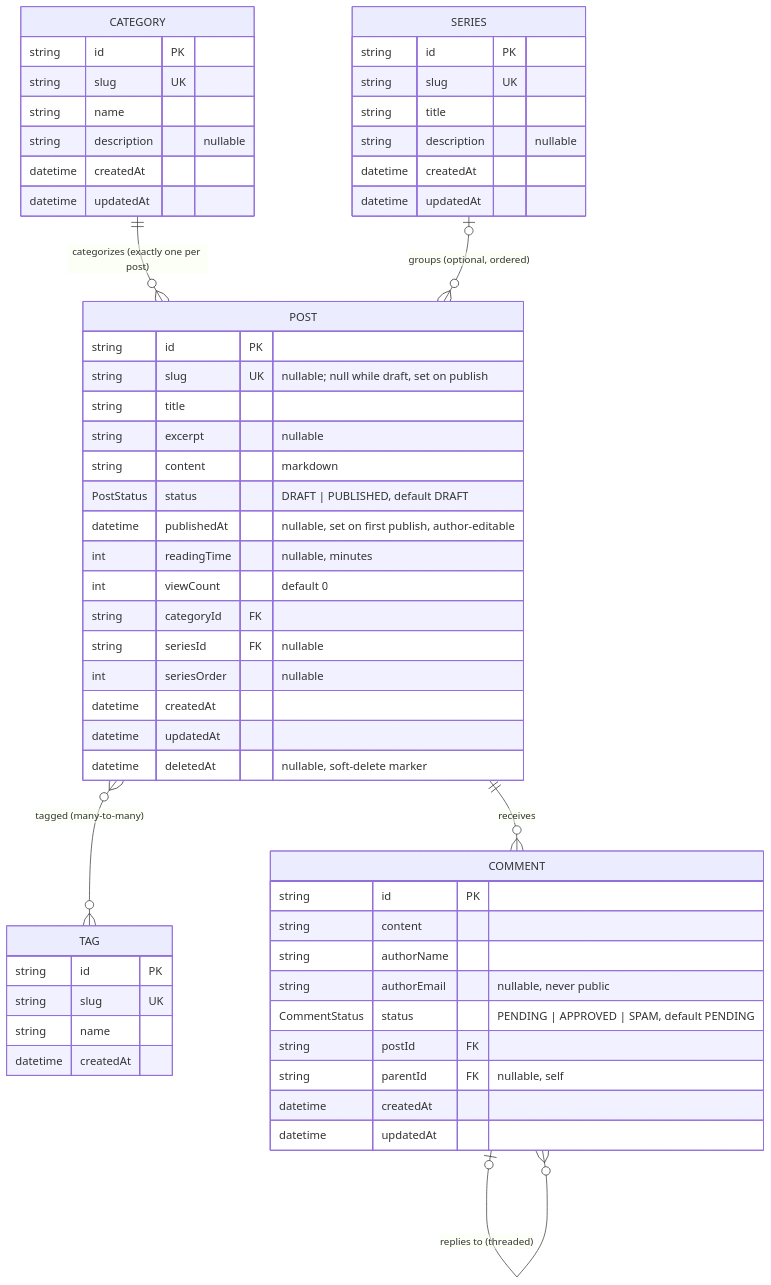
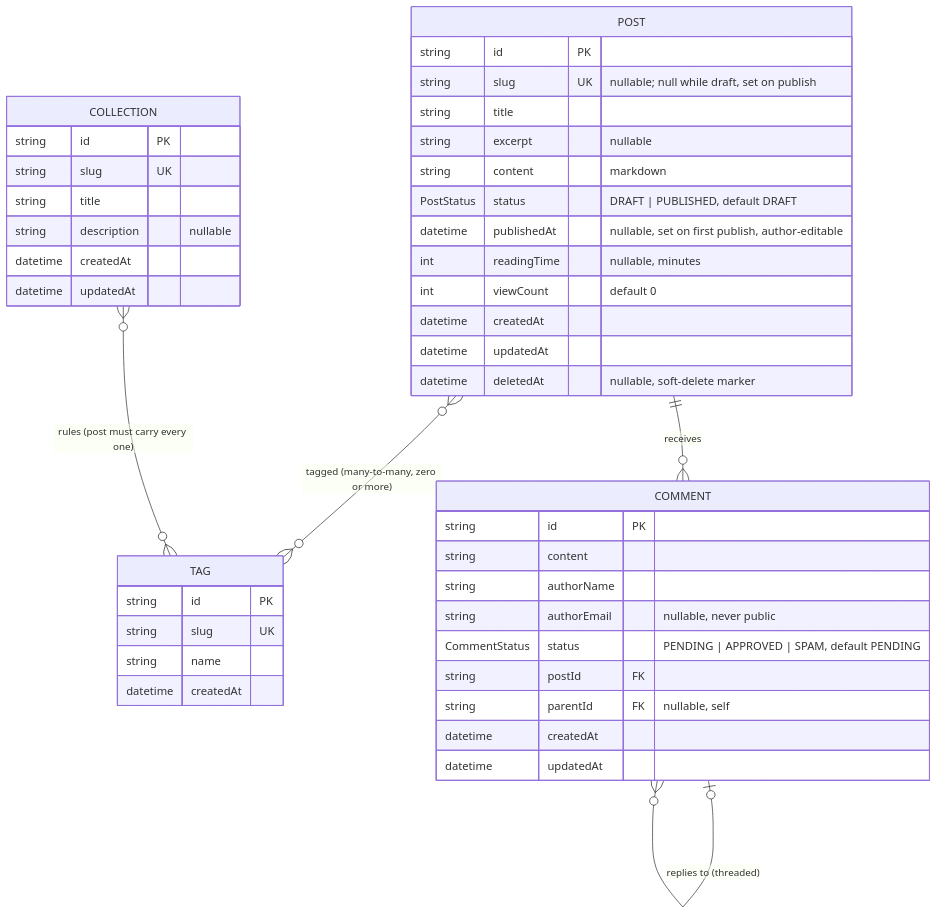
Before and after one commit to MASKUN2/inhology: the diagram in design/domain/README.md, drawn with Mermaid. The commit also changed other lines of this file and 76 other files, not shown here.

First line of the commit message:
feat: tags replace categories and series; add tag-rule collections

````diff
--- a/design/domain/README.md
+++ b/design/domain/README.md
@@ -19,59 +18,47 @@
 ```mermaid
 erDiagram
-    CATEGORY ||--o{ POST : "categorizes (exactly one per post)"
-    SERIES   |o--o{ POST : "groups (optional, ordered)"
-    POST     }o--o{ TAG : "tagged (many-to-many)"
+    POST     }o--o{ TAG : "tagged (many-to-many, zero or more)"
+    COLLECTION }o--o{ TAG : "rules (post must carry every one)"
     POST     ||--o{ COMMENT : "receives"
     COMMENT  |o--o{ COMMENT : "replies to (threaded)"
 
     POST {
         string     id PK
         string     slug UK "nullable; null while draft, set on publish"
         string     title
         string     excerpt "nullable"
         string     content "markdown"
         PostStatus status "DRAFT | PUBLISHED, default DRAFT"
         datetime   publishedAt "nullable, set on first publish, author-editable"
         int        readingTime "nullable, minutes"
         int        viewCount "default 0"
-        string     categoryId FK
-        string     seriesId FK "nullable"
-        int        seriesOrder "nullable"
         datetime   createdAt
         datetime   updatedAt
         datetime   deletedAt "nullable, soft-delete marker"
-    }
-    CATEGORY {
-        string   id PK
-        string   slug UK
-        string   name
-        string   description "nullable"
-        datetime createdAt
-        datetime updatedAt
     }
     TAG {
         string   id PK
         string   slug UK
         string   name
         datetime createdAt
     }
-    SERIES {
+    COLLECTION {
         string   id PK
         string   slug UK
         string   title
         string   description "nullable"
         datetime createdAt
         datetime updatedAt
     }
     COMMENT {
         string        id PK
         string        content
         string        authorName
         string        authorEmail "nullable, never public"
         CommentStatus status "PENDING | APPROVED | SPAM, default PENDING"
         string        postId FK
         string        parentId FK "nullable, self"
         datetime      createdAt
         datetime      updatedAt
     }
 ```
````
